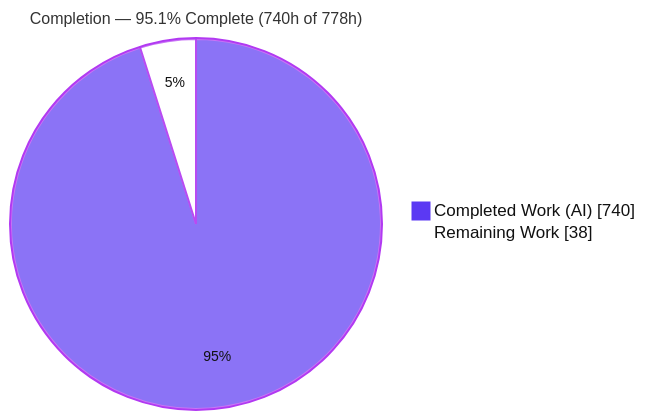
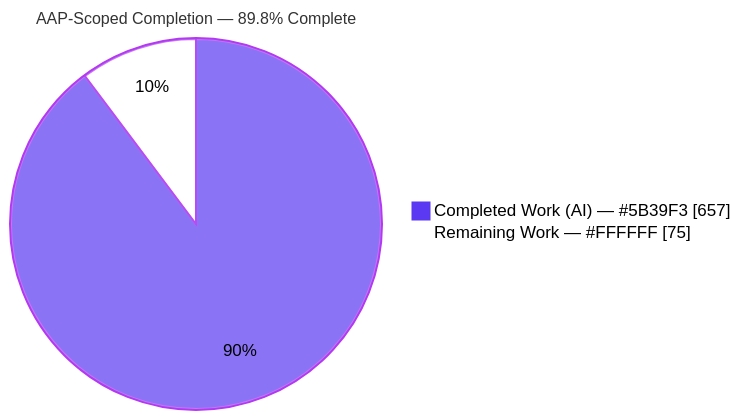
The first of 3 diagrams in blitzy/documentation/Project Guide.md (blitzy-public-samples/aws-carddemo-blitzy), drawn with Mermaid before and after one commit. The commit also changed other lines of this file, not shown here.

Commit message:
Adding Blitzy Project Guide: Project Status and Human Tasks Remaining

````diff
--- a/blitzy/documentation/Project Guide.md
+++ b/blitzy/documentation/Project Guide.md
@@ -15,6 +15,6 @@
 ```mermaid
-%%{init: {'theme':'base','themeVariables':{'pie1':'#5B39F3','pie2':'#FFFFFF','pieStrokeColor':'#B23AF2','pieStrokeWidth':'2px','pieOuterStrokeColor':'#B23AF2','pieOuterStrokeWidth':'2px','pieTitleTextSize':'16px','pieSectionTextSize':'14px','pieSectionTextColor':'#111111','pieLegendTextColor':'#111111'}}}%%
-pie showData title Completion — 95.1% Complete (740h of 778h)
-    "Completed Work (AI)" : 740
-    "Remaining Work" : 38
+%%{init: {'theme':'base','themeVariables':{'pie1':'#5B39F3','pie2':'#FFFFFF','pieStrokeColor':'#B23AF2','pieStrokeWidth':'2px','pieOuterStrokeColor':'#B23AF2','pieOuterStrokeWidth':'2px','pieSectionTextColor':'#000000','pieLegendTextColor':'#000000','pieTitleTextSize':'16px'}}}%%
+pie showData title AAP-Scoped Completion — 89.8% Complete
+    "Completed Work (AI) — #5B39F3" : 657
+    "Remaining Work — #FFFFFF" : 75
 ```
````
